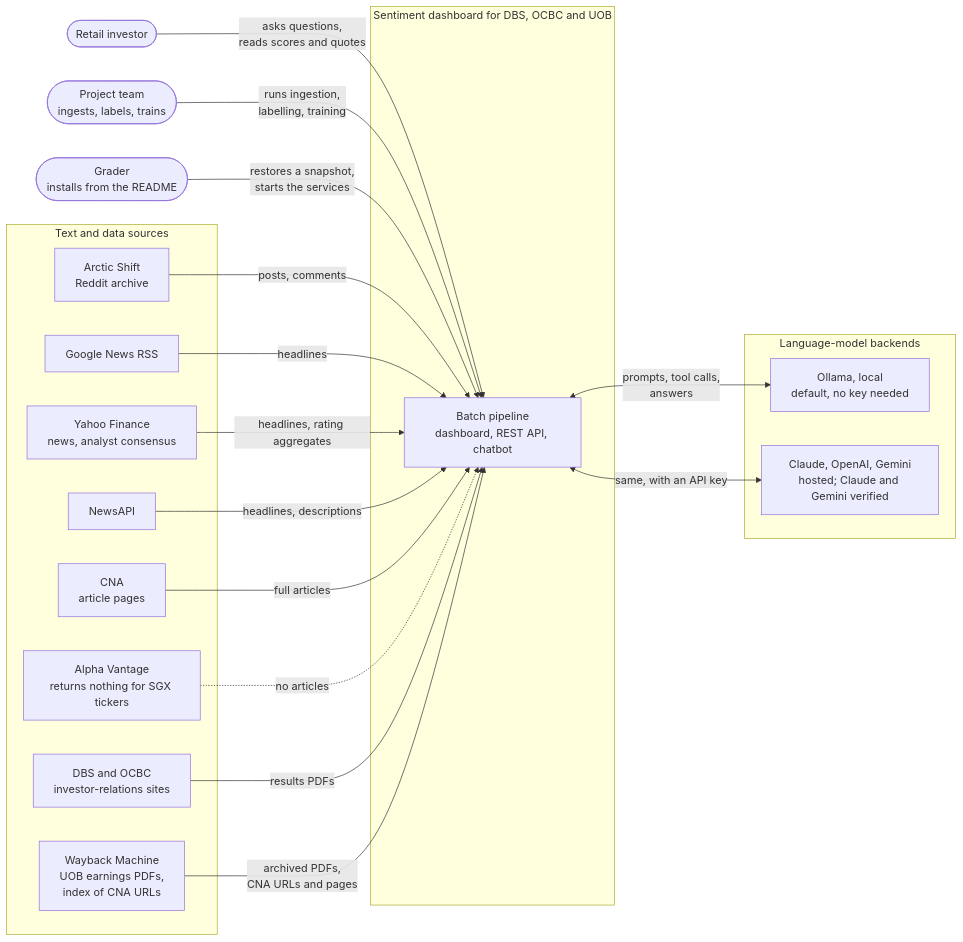
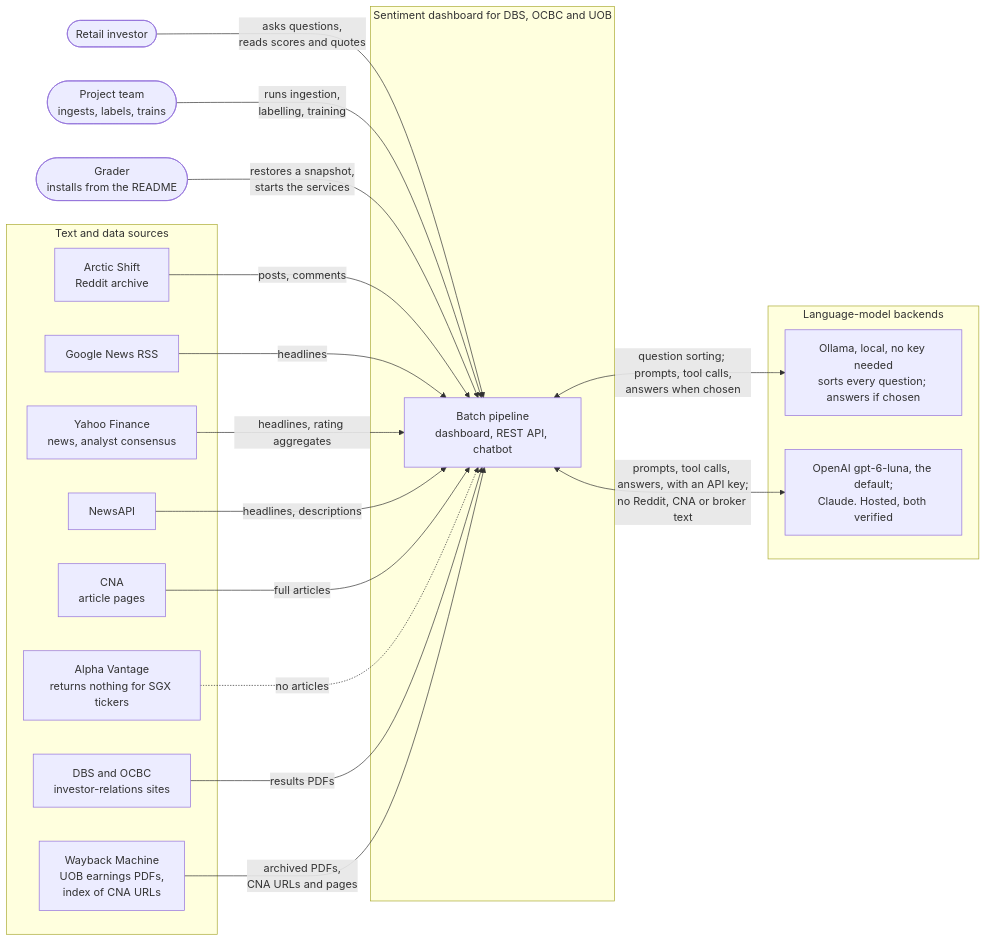
One commit to Gavingyh/plp-project changed the diagram in docs/diagrams/src/01-system-context.mmd. Above: the diagram before and after it, drawn with Mermaid. The commit also changed 32 other files, not shown here.

First line of the commit message:
Bring the diagrams up to date with the merged code

```diff
--- a/docs/diagrams/src/01-system-context.mmd
+++ b/docs/diagrams/src/01-system-context.mmd
@@ -1,43 +1,43 @@
 flowchart LR
   accTitle: System context
   accDescr: The sentiment system with its three kinds of user, its five text and data sources, and its four model backends.
 
   investor(["Retail investor"])
   team(["Project team<br/>ingests, labels, trains"])
   grader(["Grader<br/>installs from the README"])
 
   subgraph sys["Sentiment dashboard for DBS, OCBC and UOB"]
     core["Batch pipeline<br/>dashboard, REST API, chatbot"]
   end
 
   subgraph sources["Text and data sources"]
     reddit["Arctic Shift<br/>Reddit archive"]
     gnews["Google News RSS"]
     yahoo["Yahoo Finance<br/>news, analyst consensus"]
     newsapi["NewsAPI"]
     cna["CNA<br/>article pages"]
     av["Alpha Vantage<br/>returns nothing for SGX tickers"]
     ir["DBS and OCBC<br/>investor-relations sites"]
     wayback["Wayback Machine<br/>UOB earnings PDFs,<br/>index of CNA URLs"]
   end
 
   subgraph llms["Language-model backends"]
-    ollama["Ollama, local<br/>default, no key needed"]
-    hosted["Claude, OpenAI, Gemini<br/>hosted; Claude and Gemini verified"]
+    ollama["Ollama, local, no key needed<br/>sorts every question; answers if chosen"]
+    hosted["OpenAI gpt-6-luna, the default;<br/>Claude. Hosted, both verified"]
   end
 
   investor -- "asks questions,<br/>reads scores and quotes" --> core
   team -- "runs ingestion,<br/>labelling, training" --> core
   grader -- "restores a snapshot,<br/>starts the services" --> core
 
   reddit -- "posts, comments" --> core
   gnews -- "headlines" --> core
   yahoo -- "headlines, rating aggregates" --> core
   newsapi -- "headlines, descriptions" --> core
   cna -- "full articles" --> core
   av -. "no articles" .-> core
   ir -- "results PDFs" --> core
   wayback -- "archived PDFs,<br/>CNA URLs and pages" --> core
 
-  core <-- "prompts, tool calls,<br/>answers" --> ollama
-  core <-- "same, with an API key" --> hosted
+  core <-- "question sorting; prompts, tool calls,<br/>answers when chosen" --> ollama
+  core <-- "prompts, tool calls, answers, with an API key;<br/>no Reddit, CNA or broker text" --> hosted
```
